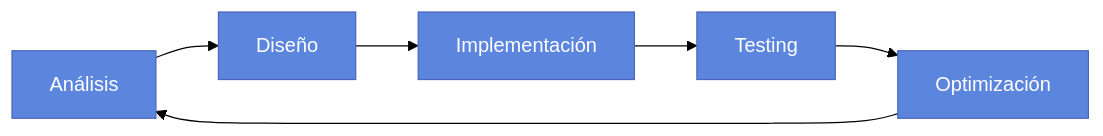
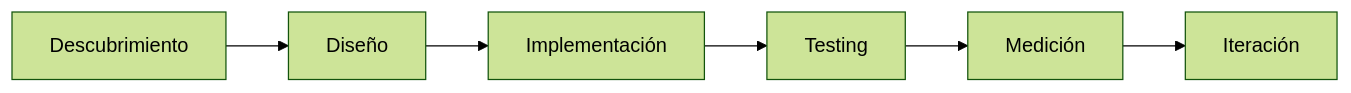
Before and after one commit to seba3567/seba3567: the diagram in README.md, drawn with Mermaid (forest theme). The commit also changed other lines of this file, not shown here.

````diff
--- a/README.md
+++ b/README.md
@@ -119,13 +100,8 @@
 ```mermaid
-graph LR
-    A[Análisis] --> B[Diseño]
+flowchart LR
+    A[Descubrimiento] --> B[Diseño]
     B --> C[Implementación]
     C --> D[Testing]
-    D --> E[Optimización]
-    E --> A
-    style A fill:#5C85DE,stroke:#4A67BD,color:white
-    style B fill:#5C85DE,stroke:#4A67BD,color:white
-    style C fill:#5C85DE,stroke:#4A67BD,color:white
-    style D fill:#5C85DE,stroke:#4A67BD,color:white
-    style E fill:#5C85DE,stroke:#4A67BD,color:white
+    D --> E[Medición]
+    E --> F[Iteración]
 ```
````
